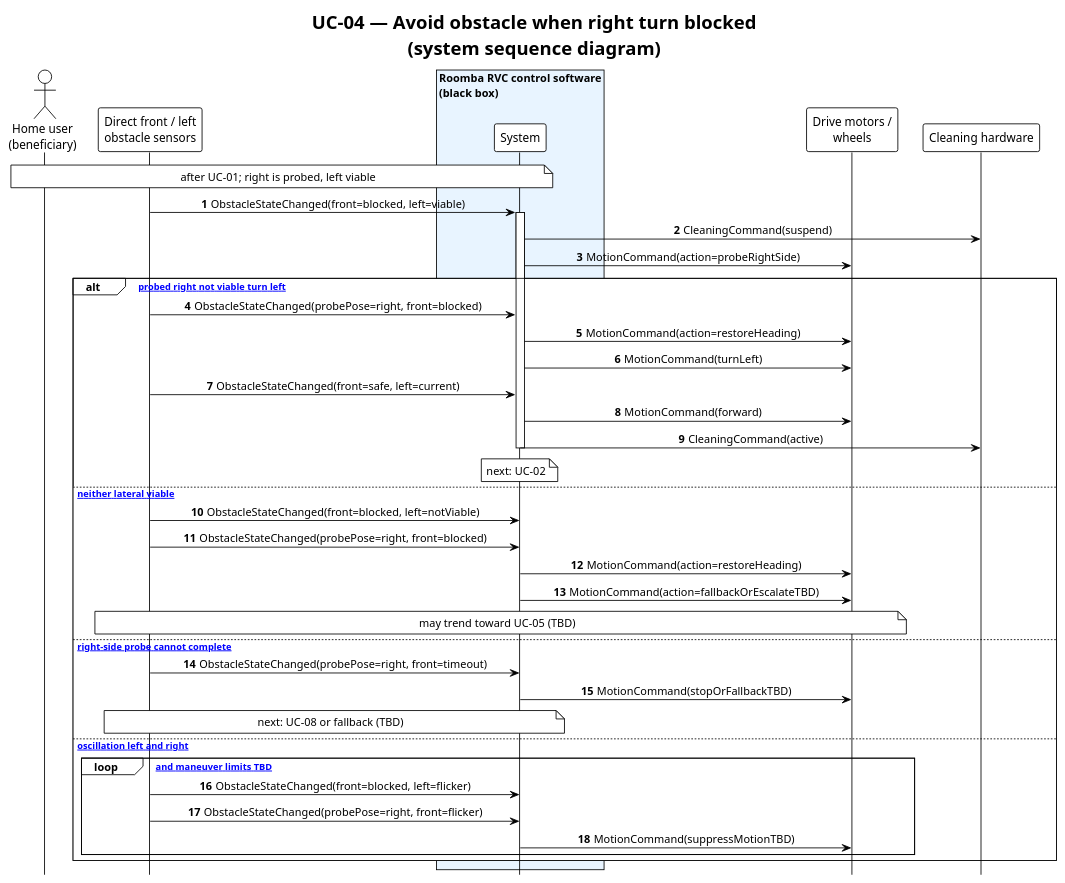
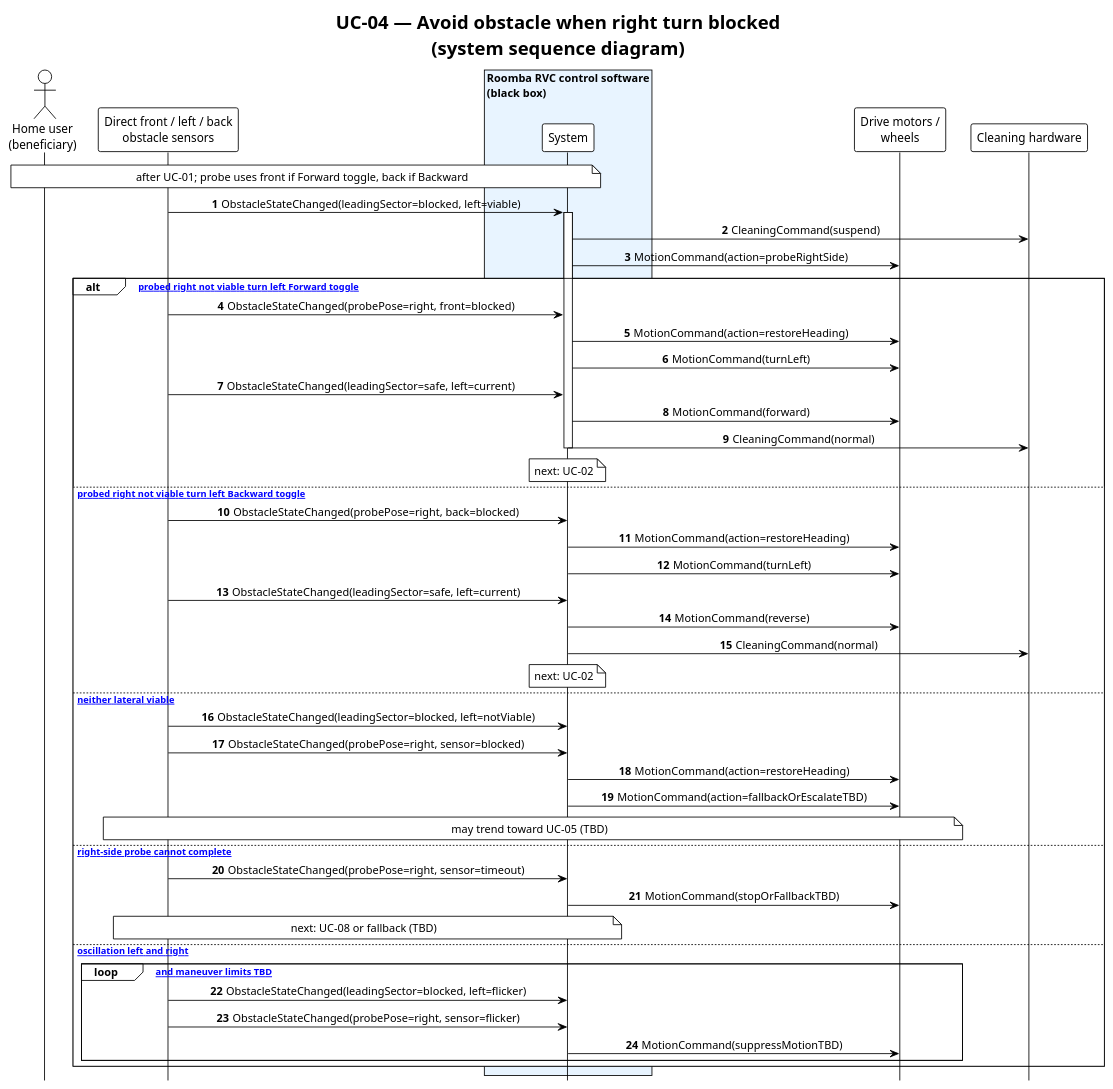
One commit to Deilise/OOAD-with-AI changed the diagram in 2nd ooad/03_diagrams/ssd/UC04_system_sequence.puml. Above: the diagram before and after it, drawn with PlantUML. The commit also changed 101 other files, not shown here.

First line of the commit message:
Align RVC stack to SRS/use-case v0.7.2 (travelToggle, back sensor, dust maneuver).

```diff
--- a/2nd ooad/03_diagrams/ssd/UC04_system_sequence.puml
+++ b/2nd ooad/03_diagrams/ssd/UC04_system_sequence.puml
@@ -1,56 +1,65 @@
 @startuml UC04_system_sequence
 !theme plain
 hide footbox
 skinparam sequenceMessageAlign center
 skinparam responseMessageBelowArrow true
 skinparam BoxPadding 10
 autonumber
 
 title UC-04 — Avoid obstacle when right turn blocked\n(system sequence diagram)
 
 actor "Home user\n(beneficiary)" as User
-participant "Direct front / left\nobstacle sensors" as Obs
+participant "Direct front / left / back\nobstacle sensors" as Obs
 box "Roomba RVC control software\n(black box)" #E8F4FF
   participant "System" as Sys
 end box
 participant "Drive motors /\nwheels" as Drv
 participant "Cleaning hardware" as Cln
 
-note over User, Sys : after UC-01; right is probed, left viable
+note over User, Sys : after UC-01; probe uses front if Forward toggle, back if Backward
 
-Obs -> Sys : ObstacleStateChanged(front=blocked, left=viable)
+Obs -> Sys : ObstacleStateChanged(leadingSector=blocked, left=viable)
 activate Sys
 Sys -> Cln : CleaningCommand(suspend)
 Sys -> Drv : MotionCommand(action=probeRightSide)
 
-alt [typical probed right not viable turn left]
+alt [typical probed right not viable turn left Forward toggle]
   Obs -> Sys : ObstacleStateChanged(probePose=right, front=blocked)
   Sys -> Drv : MotionCommand(action=restoreHeading)
   Sys -> Drv : MotionCommand(turnLeft)
-  Obs -> Sys : ObstacleStateChanged(front=safe, left=current)
+  Obs -> Sys : ObstacleStateChanged(leadingSector=safe, left=current)
   Sys -> Drv : MotionCommand(forward)
-  Sys -> Cln : CleaningCommand(active)
+  Sys -> Cln : CleaningCommand(normal)
+  deactivate Sys
+  note over Sys : next: UC-02
+else [typical probed right not viable turn left Backward toggle]
+  Obs -> Sys : ObstacleStateChanged(probePose=right, back=blocked)
+  Sys -> Drv : MotionCommand(action=restoreHeading)
+  Sys -> Drv : MotionCommand(turnLeft)
+  Obs -> Sys : ObstacleStateChanged(leadingSector=safe, left=current)
+  Sys -> Drv : MotionCommand(reverse)
+  Sys -> Cln : CleaningCommand(normal)
   deactivate Sys
   note over Sys : next: UC-02
 else [A1 neither lateral viable]
-  Obs -> Sys : ObstacleStateChanged(front=blocked, left=notViable)
-  Obs -> Sys : ObstacleStateChanged(probePose=right, front=blocked)
+  Obs -> Sys : ObstacleStateChanged(leadingSector=blocked, left=notViable)
+  Obs -> Sys : ObstacleStateChanged(probePose=right, sensor=blocked)
   Sys -> Drv : MotionCommand(action=restoreHeading)
   Sys -> Drv : MotionCommand(action=fallbackOrEscalateTBD)
   deactivate Sys
   note over Obs, Drv : may trend toward UC-05 (TBD)
 else [A2 right-side probe cannot complete]
-  Obs -> Sys : ObstacleStateChanged(probePose=right, front=timeout)
+  Obs -> Sys : ObstacleStateChanged(probePose=right, sensor=timeout)
   Sys -> Drv : MotionCommand(stopOrFallbackTBD)
   deactivate Sys
   note over Obs, Sys : next: UC-08 or fallback (TBD)
 else [E1 oscillation left and right]
   loop [debounce and maneuver limits TBD]
-    Obs -> Sys : ObstacleStateChanged(front=blocked, left=flicker)
-    Obs -> Sys : ObstacleStateChanged(probePose=right, front=flicker)
+    Obs -> Sys : ObstacleStateChanged(leadingSector=blocked, left=flicker)
+    Obs -> Sys : ObstacleStateChanged(probePose=right, sensor=flicker)
     Sys -> Drv : MotionCommand(suppressMotionTBD)
   end
   deactivate Sys
 end
 
 @enduml
```
